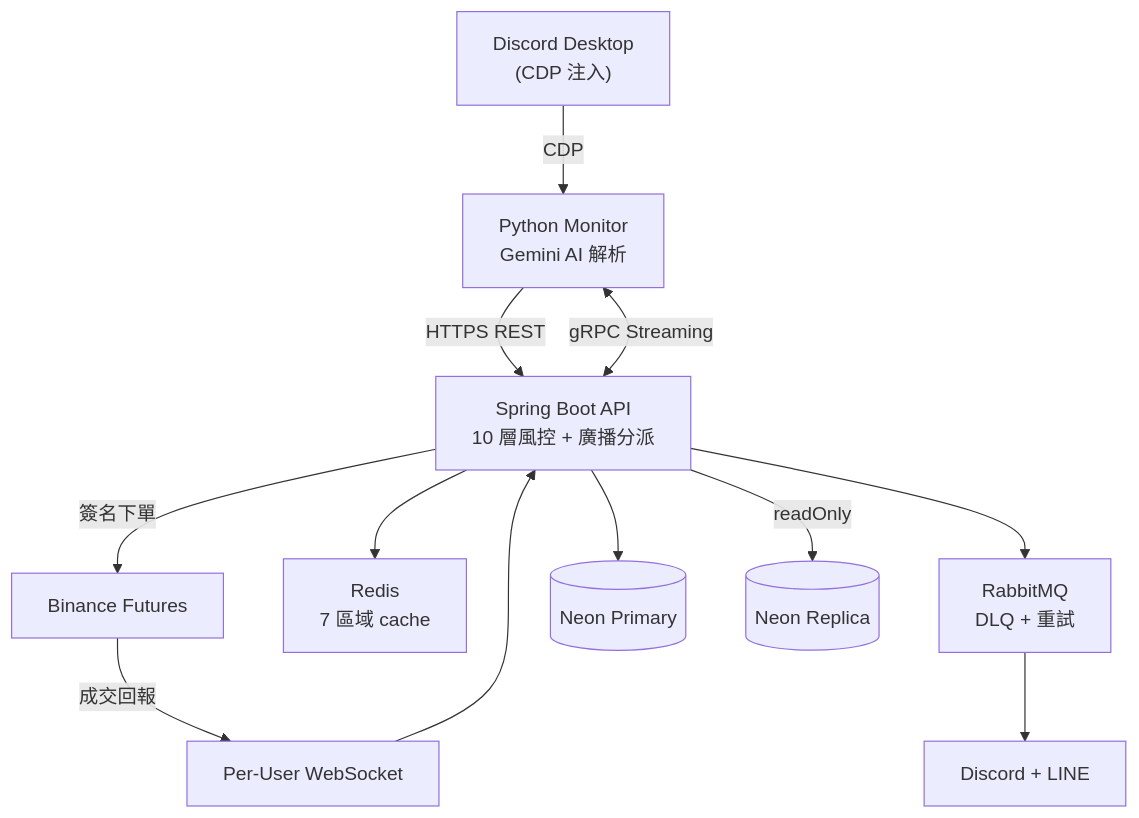
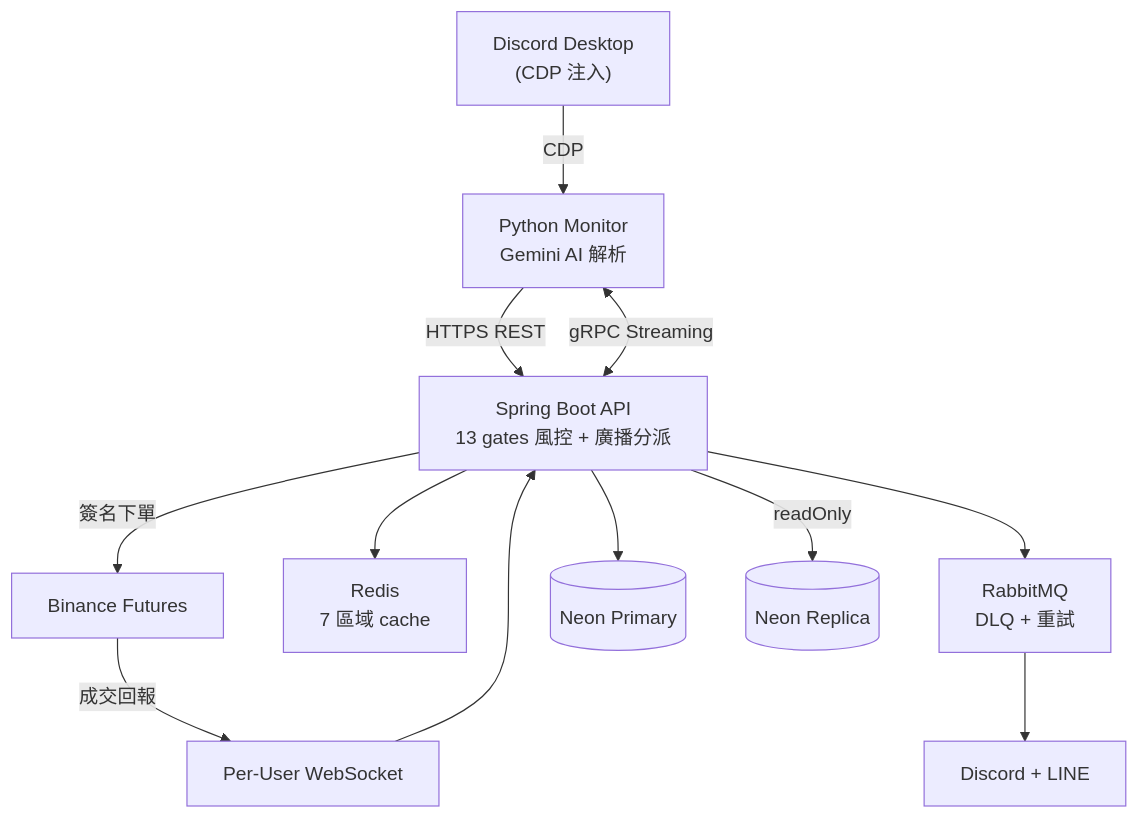
Before and after one commit to justinhsu1477/crypto-signal-trader: the diagram in README.md, drawn with Mermaid. The commit also changed other lines of this file and 1 other file, not shown here.

````diff
--- a/README.md
+++ b/README.md
@@ -83,23 +136,23 @@
 ```mermaid
 graph TD
     Discord["Discord Desktop<br/>(CDP 注入)"]
     Monitor["Python Monitor<br/>Gemini AI 解析"]
-    API["Spring Boot API<br/>10 層風控 + 廣播分派"]
+    API["Spring Boot API<br/>13 gates 風控 + 廣播分派"]
     RMQ["RabbitMQ<br/>DLQ + 重試"]
     Redis["Redis<br/>7 區域 cache"]
     Binance["Binance Futures"]
     WS["Per-User WebSocket"]
     Primary[("Neon Primary")]
     Replica[("Neon Replica")]
     Notify["Discord + LINE"]
 
     Discord -->|CDP| Monitor
     Monitor -->|HTTPS REST| API
     API <-->|gRPC Streaming| Monitor
     API -->|簽名下單| Binance
     Binance -->|成交回報| WS --> API
     API --> Primary
     API -->|readOnly| Replica
     API --> Redis
     API --> RMQ --> Notify
 ```
````
